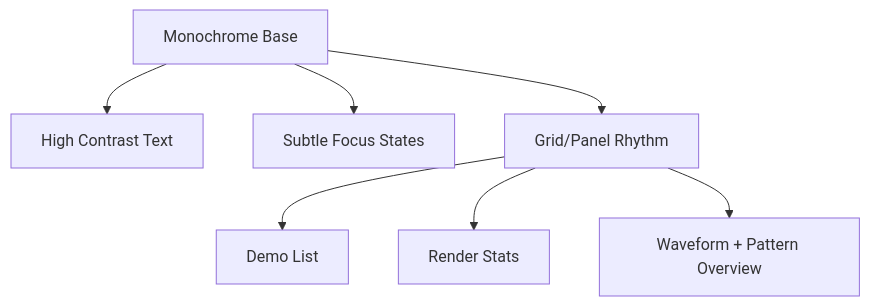
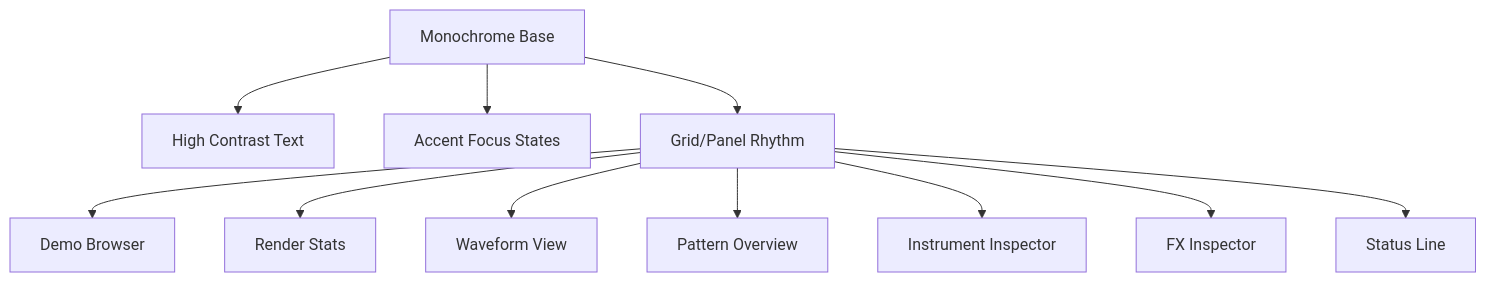
The second of 2 diagrams in docs/gui-ux-principles.md (chussenot/memdeck), drawn with Mermaid before and after one commit. The commit also changed other lines of this file and 2 other files, not shown here.

````diff
--- a/docs/gui-ux-principles.md
+++ b/docs/gui-ux-principles.md
@@ -73,9 +88,13 @@
 ```mermaid
 flowchart TD
     A[Monochrome Base] --> B[High Contrast Text]
-    A --> C[Subtle Focus States]
+    A --> C[Accent Focus States]
     A --> D[Grid/Panel Rhythm]
-    D --> E[Demo List]
+    D --> E[Demo Browser]
     D --> F[Render Stats]
-    D --> G[Waveform + Pattern Overview]
+    D --> G[Waveform View]
+    D --> H[Pattern Overview]
+    D --> I[Instrument Inspector]
+    D --> J[FX Inspector]
+    D --> K[Status Line]
 ```
````
